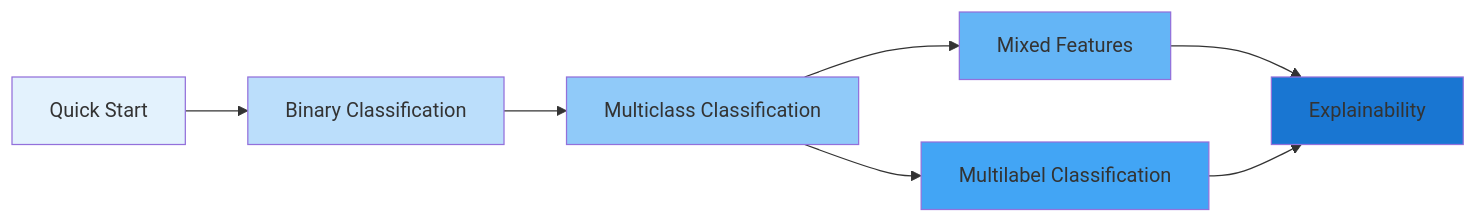
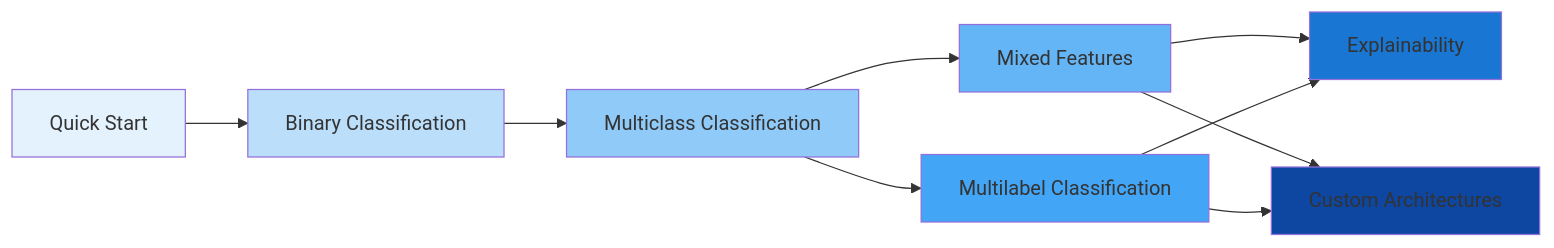
One commit to InseeFrLab/torchTextClassifiers changed the diagram in docs/source/tutorials/index.md. Above: the diagram before and after it, drawn with Mermaid. The commit also changed other lines of this file and 4 other files, not shown here.

````diff
--- a/docs/source/tutorials/index.md
+++ b/docs/source/tutorials/index.md
@@ -125,16 +141,19 @@
 ```{mermaid}
 graph LR
     A[Quick Start] --> B[Binary Classification]
     B --> C[Multiclass Classification]
     C --> D[Mixed Features]
     C --> F[Multilabel Classification]
     D --> E[Explainability]
     F --> E
+    D --> G[Custom Architectures]
+    F --> G
 
     style A fill:#e3f2fd
     style B fill:#bbdefb
     style C fill:#90caf9
     style D fill:#64b5f6
     style E fill:#1976d2
     style F fill:#42a5f5
+    style G fill:#0d47a1
 ```
````
